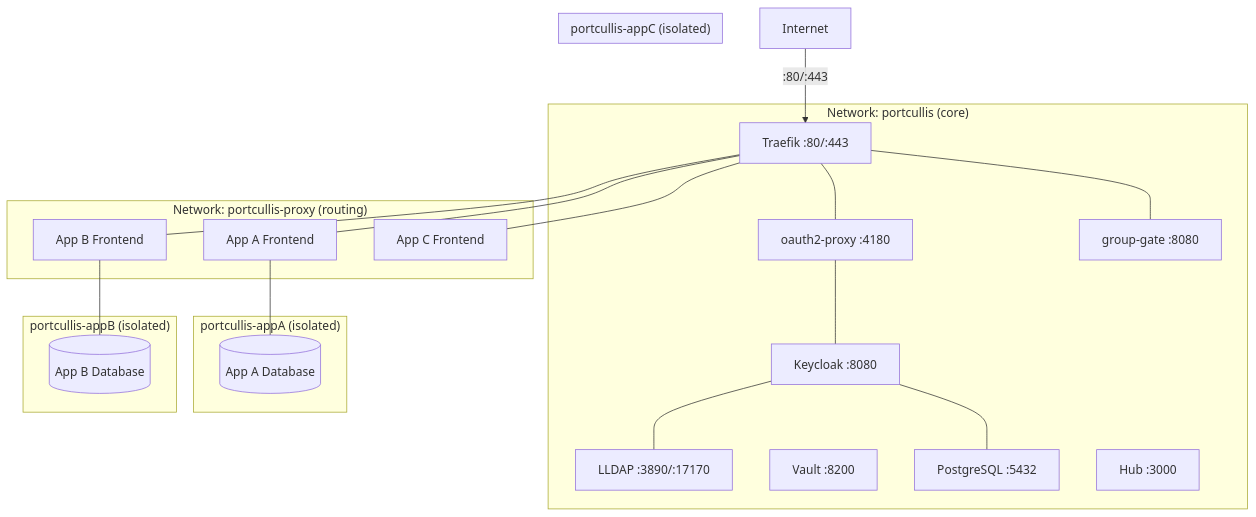
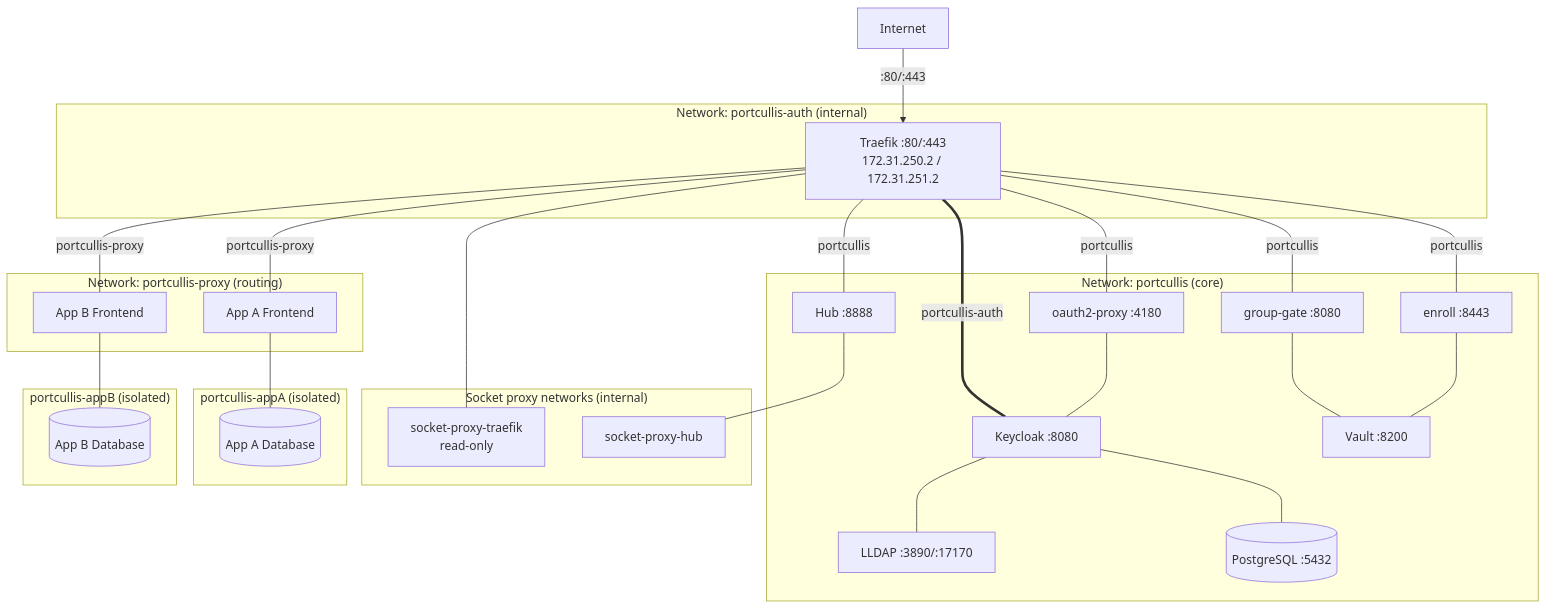
Before and after one commit to porelli/portcullis-docs: the sixth of 6 diagrams in docs/architecture.md, drawn with Mermaid. The commit also changed other lines of this file and 2 other files, not shown here.

Commit message:
docs: security and hardening page, architecture diagrams with socket proxies and portcullis-auth

````diff
--- a/docs/architecture.md
+++ b/docs/architecture.md
@@ -208,47 +243,54 @@
 ```mermaid
 graph TB
     Internet -->|:80/:443| T
 
-    subgraph "Network: portcullis (core)"
-        T[Traefik :80/:443]
+    subgraph core ["Network: portcullis (core)"]
         KC[Keycloak :8080]
         LL[LLDAP :3890/:17170]
         V[Vault :8200]
-        PG[PostgreSQL :5432]
+        PG[(PostgreSQL :5432)]
         O2[oauth2-proxy :4180]
         GG[group-gate :8080]
-        Hub[Hub :3000]
+        Hub[Hub :8888]
+        EN[enroll :8443]
     end
 
-    subgraph "Network: portcullis-proxy (routing)"
-        T
+    subgraph auth ["Network: portcullis-auth (internal)"]
+        T[Traefik :80/:443<br/>172.31.250.2 / 172.31.251.2]
+    end
+
+    subgraph sock ["Socket proxy networks (internal)"]
+        SPT[socket-proxy-traefik<br/>read-only]
+        SPH[socket-proxy-hub]
+    end
+
+    subgraph proxy ["Network: portcullis-proxy (routing)"]
         AppA_FE[App A Frontend]
         AppB_FE[App B Frontend]
-        AppC_FE[App C Frontend]
     end
 
-    subgraph "portcullis-appA (isolated)"
-        AppA_FE
+    subgraph appA ["portcullis-appA (isolated)"]
         AppA_DB[(App A Database)]
     end
 
-    subgraph "portcullis-appB (isolated)"
-        AppB_FE
+    subgraph appB ["portcullis-appB (isolated)"]
         AppB_DB[(App B Database)]
     end
 
-    subgraph "portcullis-appC (isolated)"
-        AppC_FE
-    end
-
-    T --- O2
-    T --- GG
-    T --- AppA_FE
-    T --- AppB_FE
-    T --- AppC_FE
+    T ---|portcullis| O2
+    T ---|portcullis| GG
+    T ---|portcullis| Hub
+    T ---|portcullis| EN
+    T ===|portcullis-auth| KC
+    T ---|portcullis-proxy| AppA_FE
+    T ---|portcullis-proxy| AppB_FE
+    T --- SPT
+    Hub --- SPH
     AppA_FE --- AppA_DB
     AppB_FE --- AppB_DB
     KC --- LL
     KC --- PG
     O2 --- KC
+    GG --- V
+    EN --- V
 ```
````
